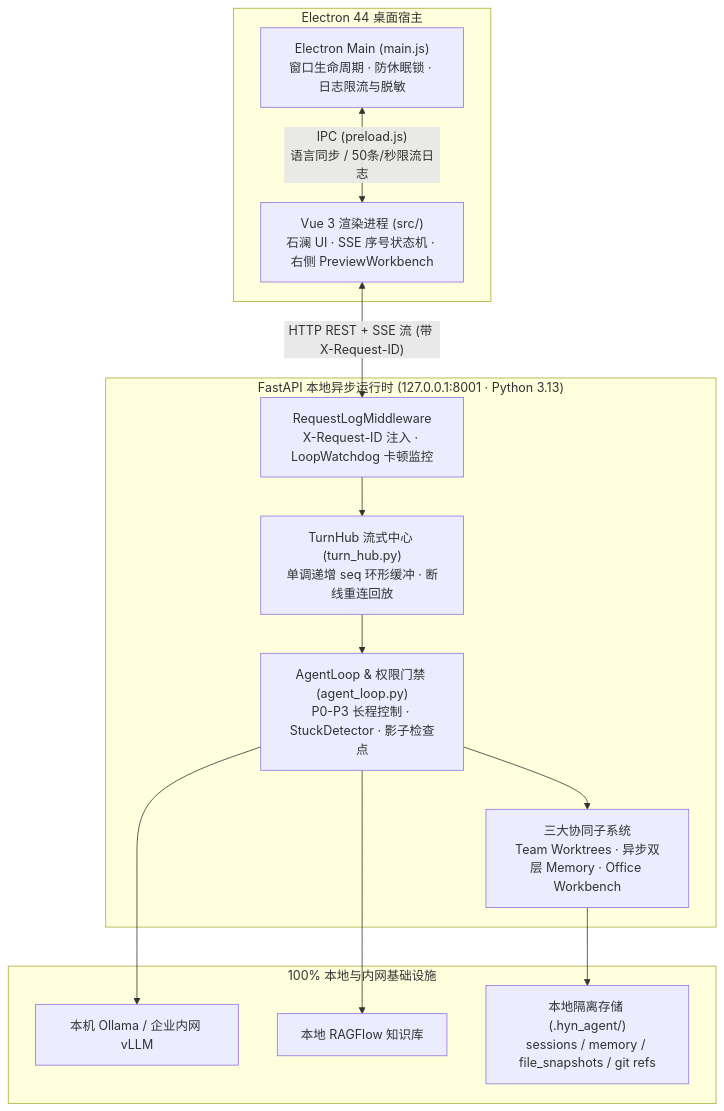
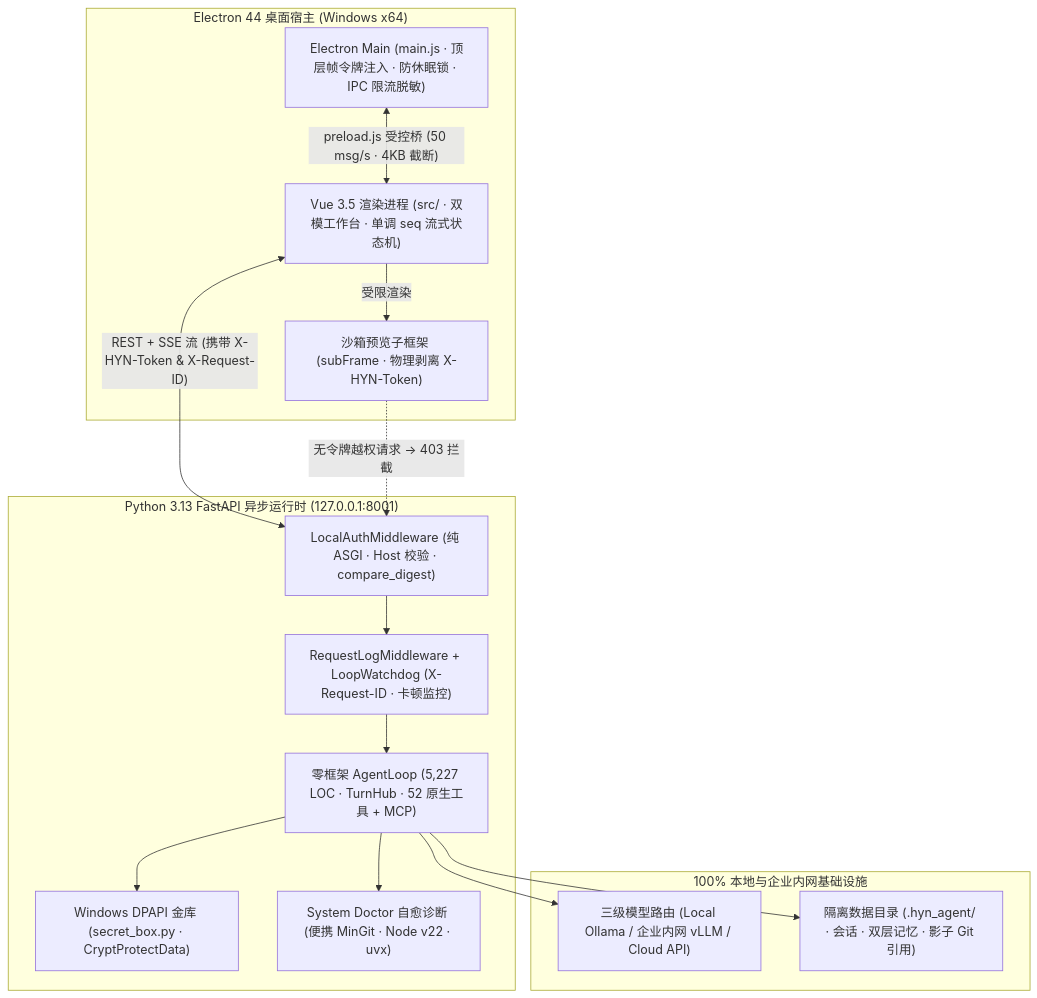
The first of 3 diagrams in docs/architecture/overview.md (HelmAgent/Helm_website), drawn with Mermaid before and after one commit. The commit also changed other lines of this file and 57 other files, not shown here.

Commit message:
docs(architecture): add detailed documentation for the 5-Tier Permission Sandbox, Zero-RTT Intent Engine, and Open Ecosystem; include core modules, empirical evidence, and interactive permission modes for enhanced clarity and functionality

````diff
--- a/docs/architecture/overview.md
+++ b/docs/architecture/overview.md
@@ -15,27 +15,31 @@
 ```mermaid
-flowchart TB
-  subgraph Electron["Electron 44 桌面宿主"]
-    MainProc["Electron Main (main.js)<br/>窗口生命周期 · 防休眠锁 · 日志限流与脱敏"]
-    Renderer["Vue 3 渲染进程 (src/)<br/>石澜 UI · SSE 序号状态机 · 右侧 PreviewWorkbench"]
-    MainProc <-- "IPC (preload.js)<br/>语言同步 / 50条/秒限流日志" --> Renderer
+flowchart TD
+  subgraph Host["Electron 44 桌面宿主 (Windows x64)"]
+    Main["Electron Main (main.js · 顶层帧令牌注入 · 防休眠锁 · IPC 限流脱敏)"]
+    Renderer["Vue 3.5 渲染进程 (src/ · 双模工作台 · 单调 seq 流式状态机)"]
+    PreviewFrame["沙箱预览子框架 (subFrame · 物理剥离 X-HYN-Token)"]
+    Main <-->|"preload.js 受控桥 (50 msg/s · 4KB 截断)"| Renderer
+    Renderer -->|"受限渲染"| PreviewFrame
   end
 
-  subgraph Backend["FastAPI 本地异步运行时 (127.0.0.1:8001 · Python 3.13)"]
-    Middleware["RequestLogMiddleware<br/>X-Request-ID 注入 · LoopWatchdog 卡顿监控"]
-    TurnHub["TurnHub 流式中心 (turn_hub.py)<br/>单调递增 seq 环形缓冲 · 断线重连回放"]
-    AgentLoop["AgentLoop & 权限门禁 (agent_loop.py)<br/>P0-P3 长程控制 · StuckDetector · 影子检查点"]
-    Subsystems["三大协同子系统<br/>Team Worktrees · 异步双层 Memory · Office Workbench"]
-    Middleware --> TurnHub --> AgentLoop --> Subsystems
+  subgraph Engine["Python 3.13 FastAPI 异步运行时 (127.0.0.1:8001)"]
+    AuthMW["LocalAuthMiddleware (纯 ASGI · Host 校验 · compare_digest)"]
+    ReqMW["RequestLogMiddleware + LoopWatchdog (X-Request-ID · 卡顿监控)"]
+    CoreLoop["零框架 AgentLoop (5,227 LOC · TurnHub · 52 原生工具 + MCP)"]
+    Vault["Windows DPAPI 金库 (secret_box.py · CryptProtectData)"]
+    Doctor["System Doctor 自愈诊断 (便携 MinGit · Node v22 · uvx)"]
+    AuthMW --> ReqMW --> CoreLoop
+    CoreLoop --> Vault
+    CoreLoop --> Doctor
   end
 
-  subgraph LocalInfra["100% 本地与内网基础设施"]
-    Ollama["本机 Ollama / 企业内网 vLLM"]
-    RAGFlow["本地 RAGFlow 知识库"]
-    Disk["本地隔离存储 (.hyn_agent/)<br/>sessions / memory / file_snapshots / git refs"]
+  subgraph Infra["100% 本地与企业内网基础设施"]
+    LocalLLM["三级模型路由 (Local Ollama / 企业内网 vLLM / Cloud API)"]
+    LocalDisk["隔离数据目录 (.hyn_agent/ · 会话 · 双层记忆 · 影子 Git 引用)"]
   end
 
-  Renderer <-- "HTTP REST + SSE 流 (带 X-Request-ID)" --> Middleware
-  AgentLoop --> Ollama
-  AgentLoop --> RAGFlow
-  Subsystems --> Disk
+  Renderer <-->|"REST + SSE 流 (携带 X-HYN-Token & X-Request-ID)"| AuthMW
+  PreviewFrame -.->|"无令牌越权请求 -> 403 拦截"| AuthMW
+  CoreLoop --> LocalLLM
+  CoreLoop --> LocalDisk
 ```
````
